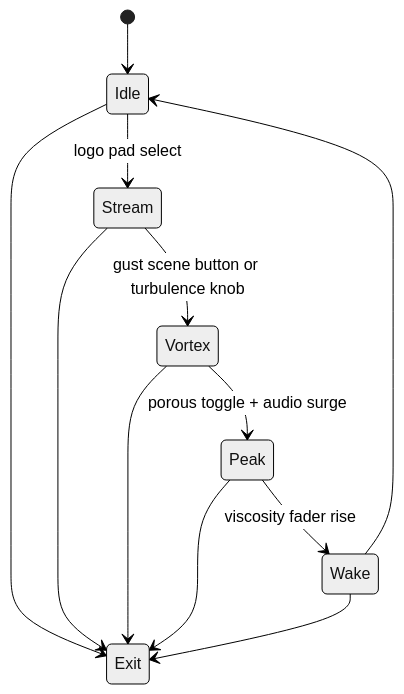
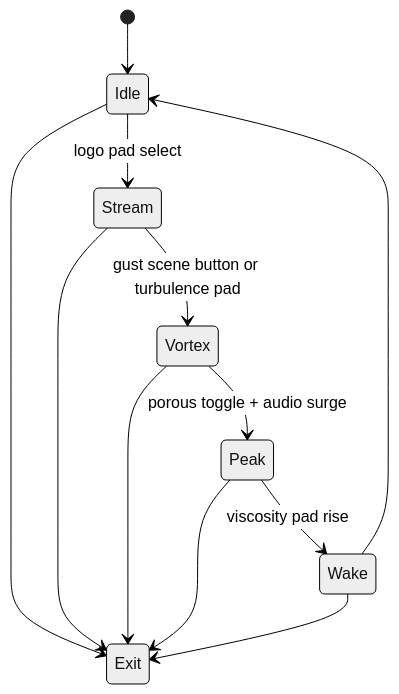
The tenth of 15 diagrams in docs/processing-syphon-idea-board.md (abossard/synesthesia-visuals), drawn with Mermaid (neutral theme) before and after one commit. The commit also changed other lines of this file and 1 other file, not shown here.

````diff
--- a/docs/processing-syphon-idea-board.md
+++ b/docs/processing-syphon-idea-board.md
@@ -321,14 +326,14 @@
   ```mermaid
   stateDiagram-v2
     [*] --> Idle
     Idle --> Stream : logo pad select
-    Stream --> Vortex : gust scene button or turbulence knob
+    Stream --> Vortex : gust scene button or turbulence pad
     Vortex --> Peak : porous toggle + audio surge
-    Peak --> Wake : viscosity fader rise
+    Peak --> Wake : viscosity pad rise
     Wake --> Idle
     Idle --> Exit
     Stream --> Exit
     Vortex --> Exit
     Peak --> Exit
     Wake --> Exit
   ```
````
